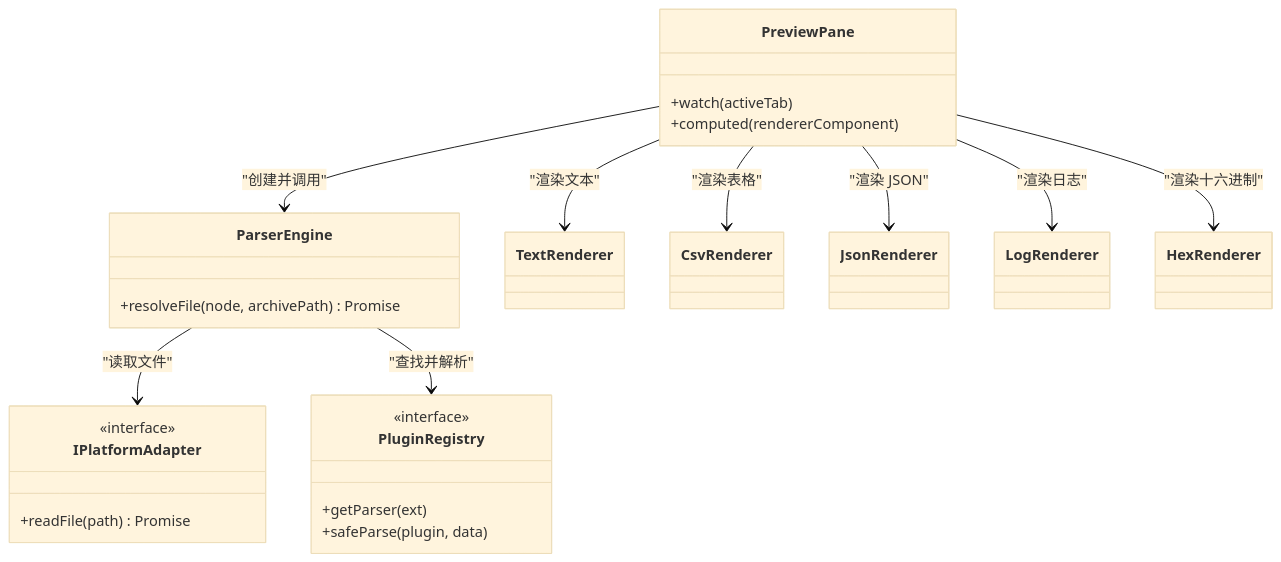
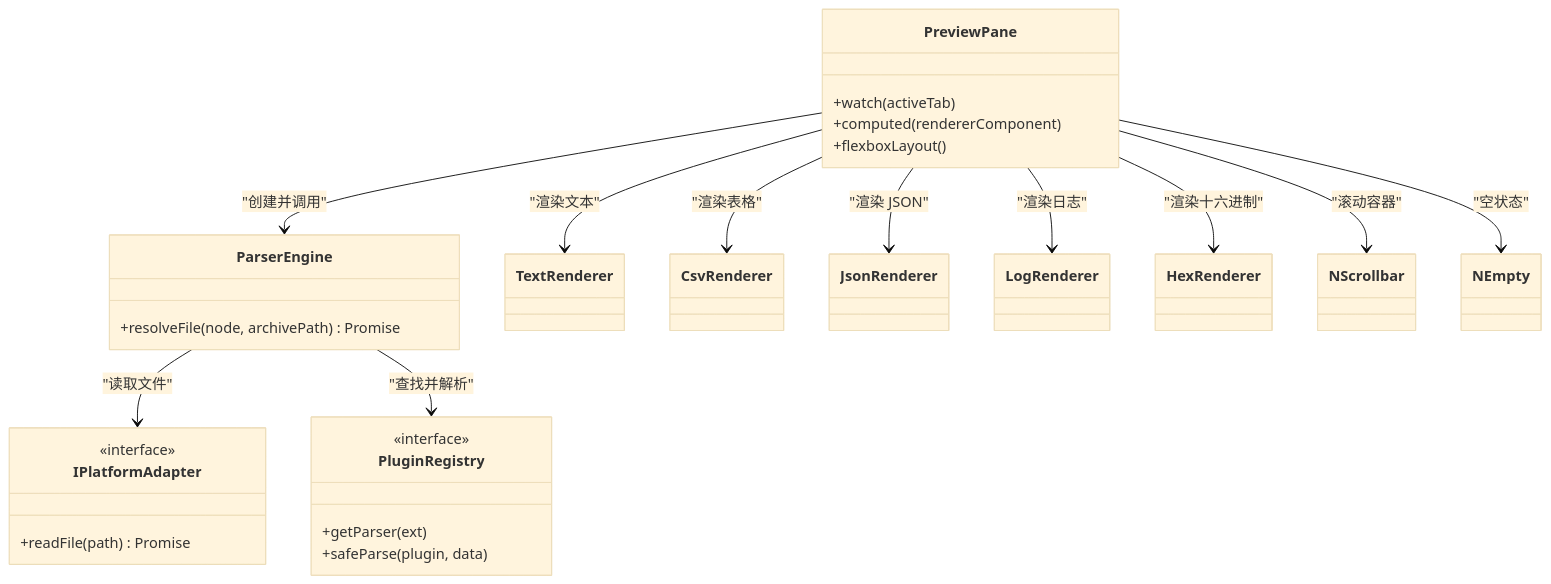
One commit to taoweidong/Hello-Tauri changed the third of 3 diagrams in .qoder/repowiki/zh/content/用户界面/核心组件/工作区组件/预览面板组件.md. Above: the diagram before and after it, drawn with Mermaid (base theme). The commit also changed other lines of this file and 14 other files, not shown here.

````diff
--- a/.qoder/repowiki/zh/content/用户界面/核心组件/工作区组件/预览面板组件.md
+++ b/.qoder/repowiki/zh/content/用户界面/核心组件/工作区组件/预览面板组件.md
@@ -196,32 +233,37 @@
 ```mermaid
 classDiagram
 class PreviewPane {
 +watch(activeTab)
 +computed(rendererComponent)
++flexboxLayout()
 }
 class ParserEngine {
 +resolveFile(node, archivePath) Promise
 }
 class IPlatformAdapter {
 <<interface>>
 +readFile(path) Promise
 }
 class PluginRegistry {
 <<interface>>
 +getParser(ext)
 +safeParse(plugin, data)
 }
 class TextRenderer
 class CsvRenderer
 class JsonRenderer
 class LogRenderer
 class HexRenderer
+class NScrollbar
+class NEmpty
 PreviewPane --> ParserEngine : "创建并调用"
+PreviewPane --> NScrollbar : "滚动容器"
+PreviewPane --> NEmpty : "空状态"
 ParserEngine --> IPlatformAdapter : "读取文件"
 ParserEngine --> PluginRegistry : "查找并解析"
 PreviewPane --> TextRenderer : "渲染文本"
 PreviewPane --> CsvRenderer : "渲染表格"
 PreviewPane --> JsonRenderer : "渲染 JSON"
 PreviewPane --> LogRenderer : "渲染日志"
 PreviewPane --> HexRenderer : "渲染十六进制"
 ```
````
